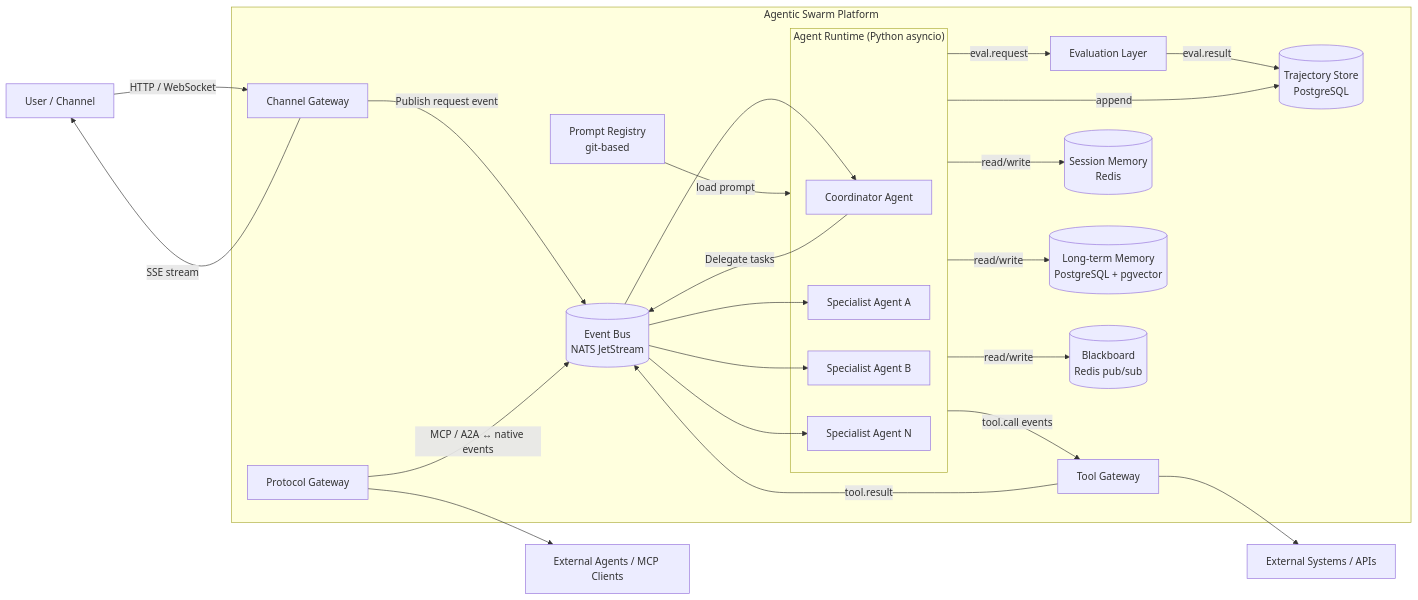
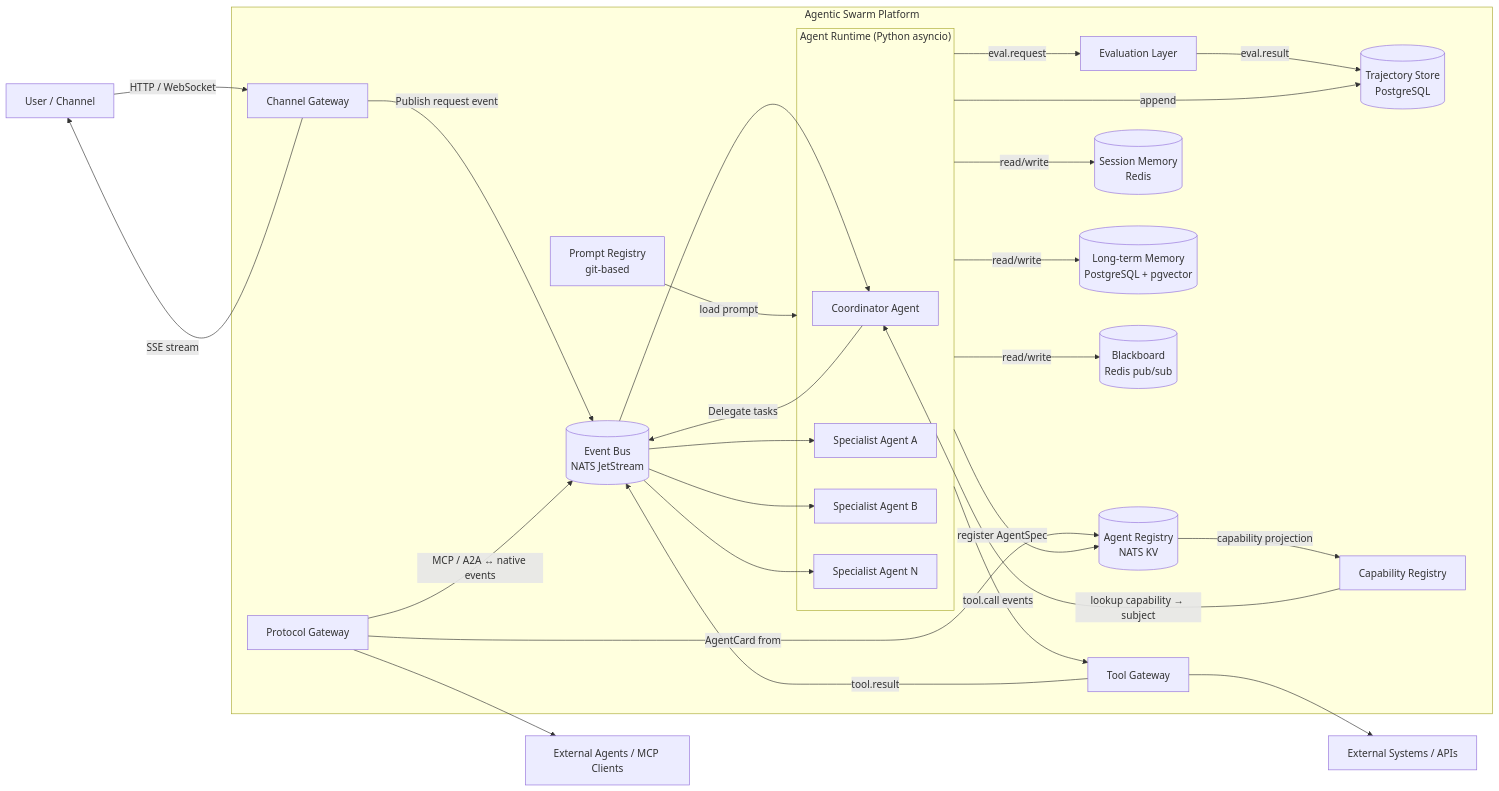
One commit to figielf/swarm_of_agents_2 changed the first of 3 diagrams in design/diagrams/01_overview.md. Above: the diagram before and after it, drawn with Mermaid. The commit also changed other lines of this file and 12 other files, not shown here.

Commit message:
add AgentSpec and AgentRegistry

````diff
--- a/design/diagrams/01_overview.md
+++ b/design/diagrams/01_overview.md
@@ -11,38 +11,43 @@
 ```mermaid
 flowchart LR
   U[User / Channel] -->|HTTP / WebSocket| CGW[Channel Gateway]
 
   subgraph Platform["Agentic Swarm Platform"]
     CGW -->|Publish request event| EB[(Event Bus\nNATS JetStream)]
 
     EB --> COORD[Coordinator Agent]
     COORD -->|Delegate tasks| EB
     EB --> SA1[Specialist Agent A]
     EB --> SA2[Specialist Agent B]
     EB --> SAN[Specialist Agent N]
 
     subgraph Runtime["Agent Runtime (Python asyncio)"]
       COORD
       SA1
       SA2
       SAN
     end
 
     Runtime -->|tool.call events| TG[Tool Gateway]
     Runtime -->|eval.request| EV[Evaluation Layer]
     Runtime -->|read/write| SM[(Session Memory\nRedis)]
     Runtime -->|read/write| LTM[(Long-term Memory\nPostgreSQL + pgvector)]
     Runtime -->|read/write| BB[(Blackboard\nRedis pub/sub)]
     Runtime -->|append| TS[(Trajectory Store\nPostgreSQL)]
     EV -->|eval.result| TS
     TG -->|tool.result| EB
 
     PR[Prompt Registry\ngit-based] -->|load prompt| Runtime
 
+    Runtime -->|register AgentSpec| REG[(Agent Registry\nNATS KV)]
+    REG -->|capability projection| CR[Capability Registry]
+    CR -->|lookup capability → subject| COORD
+
     PGW[Protocol Gateway] -->|MCP / A2A ↔ native events| EB
+    PGW -->|AgentCard from| REG
   end
 
   TG --> EXT[External Systems / APIs]
   PGW --> EXTAG[External Agents / MCP Clients]
   CGW -->|SSE stream| U
 ```
````
